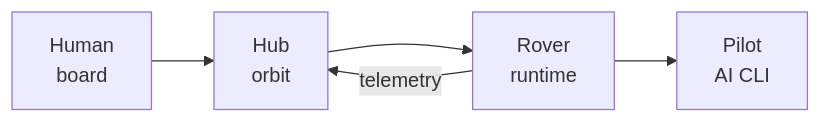
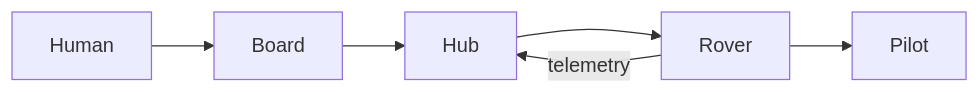
One commit to CrazyForks/ufo changed the first of 2 diagrams in README.md. Above: the diagram before and after it, drawn with Mermaid. The commit also changed other lines of this file and 76 other files, not shown here.

````diff
--- a/README.md
+++ b/README.md
@@ -206,7 +230,8 @@
 ```mermaid
 flowchart LR
-    human["Human<br/>board"] --> hub["Hub<br/>orbit"]
-    hub --> rover["Rover<br/>runtime"]
-    rover --> pilot["Pilot<br/>AI CLI"]
+    human["Human"] --> board["Board"]
+    board --> hub["Hub"]
+    hub --> rover["Rover"]
+    rover --> pilot["Pilot"]
     rover -- telemetry --> hub
 ```
````
